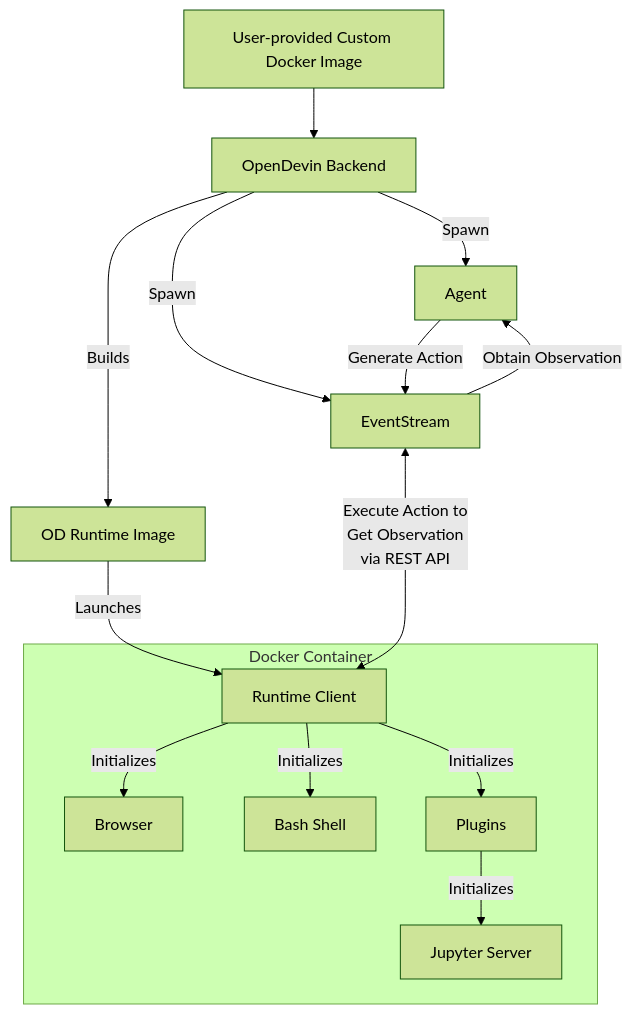
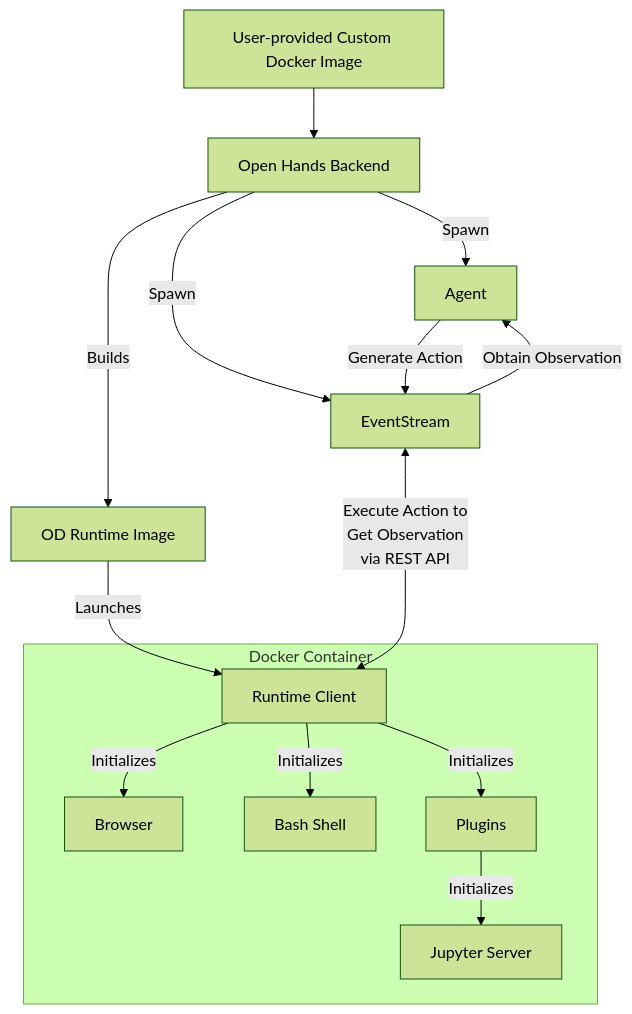
Before and after one commit to All-Hands-AI/OpenHands: the first of 2 diagrams in docs/modules/usage/runtime.md, drawn with Mermaid (forest theme). The commit also changed other lines of this file and 470 other files, not shown here.

````diff
--- a/docs/modules/usage/runtime.md
+++ b/docs/modules/usage/runtime.md
@@ -29,28 +29,28 @@
 ```mermaid
 graph TD
-    A[User-provided Custom Docker Image] --> B[OpenDevin Backend]
+    A[User-provided Custom Docker Image] --> B[Open Hands Backend]
     B -->|Builds| C[OD Runtime Image]
     C -->|Launches| D[Runtime Client]
     D -->|Initializes| E[Browser]
     D -->|Initializes| F[Bash Shell]
     D -->|Initializes| G[Plugins]
     G -->|Initializes| L[Jupyter Server]
 
     B -->|Spawn| H[Agent]
     B -->|Spawn| I[EventStream]
     I <--->|Execute Action to
     Get Observation
     via REST API
     | D
 
     H -->|Generate Action| I
     I -->|Obtain Observation| H
 
     subgraph "Docker Container"
     D
     E
     F
     G
     L
     end
 ```
````
